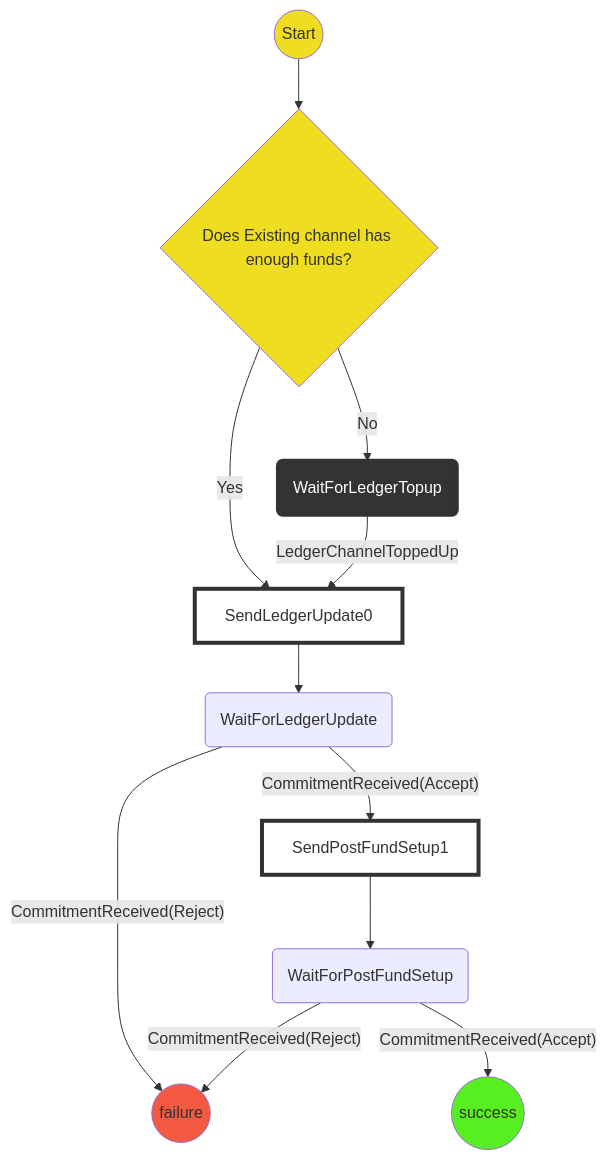
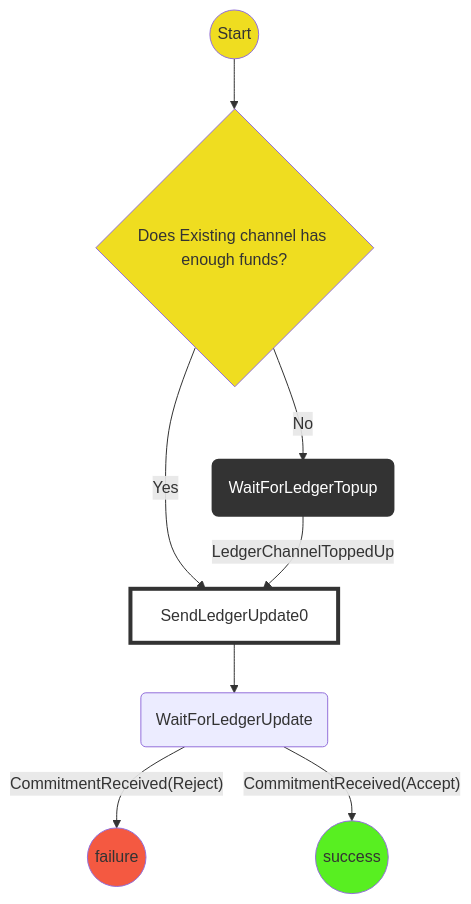
One commit to statechannels/statechannels changed the first of 2 diagrams in packages/rps/packages/wallet/src/redux/protocols/existing-ledger-funding/readme.md. Above: the diagram before and after it, drawn with Mermaid. The commit also changed other lines of this file and 68 other files, not shown here.

````diff
--- a/packages/rps/packages/wallet/src/redux/protocols/existing-ledger-funding/readme.md
+++ b/packages/rps/packages/wallet/src/redux/protocols/existing-ledger-funding/readme.md
@@ -15,24 +15,21 @@
 ```mermaid
   graph TD
   linkStyle default interpolate basis
   St((Start))-->L
   L{Does Player channel have enough funds?}-->|No|LT(WaitForLedgerTopup)
   L{Does Existing channel has enough funds?}-->|Yes|SC0[SendLedgerUpdate0]
   LT-->|LedgerChannelToppedUp|SC0[SendLedgerUpdate0]
   SC0-->WC(WaitForLedgerUpdate)
   WC-->|"CommitmentReceived(Reject)"|F((failure))
-  WC-->|"CommitmentReceived(Accept)"|SP0[SendPostFundSetup1]
-  SP0-->WP(WaitForPostFundSetup)
-  WP-->|"CommitmentReceived(Reject)"|F((failure))
-  WP-->|"CommitmentReceived(Accept)"|Su((success))
+  WC-->|"CommitmentReceived(Accept)"|Su((success))
   classDef logic fill:#efdd20;
   classDef Success fill:#58ef21;
   classDef Failure fill:#f45941;
   classDef WaitForChildProtocol stroke:#333,stroke-width:4px,color:#ffff,fill:#333;
   classDef NotAState stroke:#333,stroke-width:4px,fill:#0000;
   class St,L logic;
   class Su Success;
   class F Failure;
   class LT WaitForChildProtocol;
   class SC0,SP0 NotAState
 ```
````
